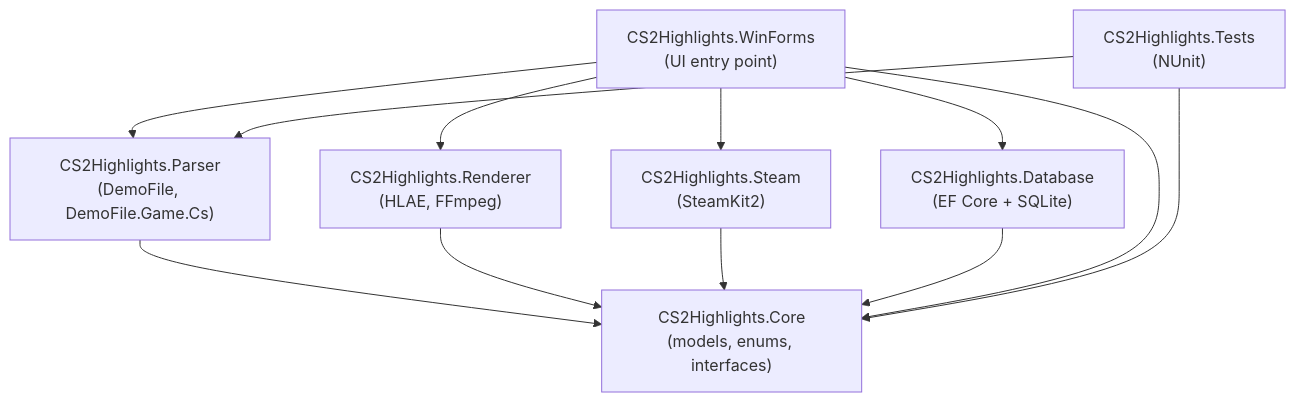
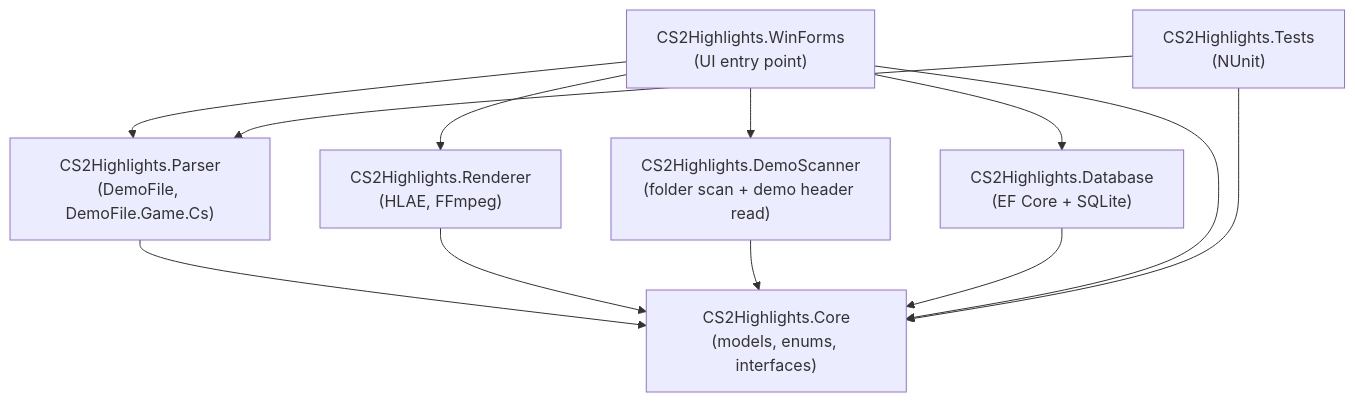
Before and after one commit to anhphuong2420/CS2Highlights: the diagram in DESIGN.md, drawn with Mermaid. The commit also changed other lines of this file and 14 other files, not shown here.

````diff
--- a/DESIGN.md
+++ b/DESIGN.md
@@ -122,26 +124,26 @@
 ```mermaid
 graph TD
     Core["CS2Highlights.Core\n(models, enums, interfaces)"]
 
     Parser["CS2Highlights.Parser\n(DemoFile, DemoFile.Game.Cs)"]
     Renderer["CS2Highlights.Renderer\n(HLAE, FFmpeg)"]
-    Steam["CS2Highlights.Steam\n(SteamKit2)"]
+    DemoScanner["CS2Highlights.DemoScanner\n(folder scan + demo header read)"]
     Database["CS2Highlights.Database\n(EF Core + SQLite)"]
 
     WinForms["CS2Highlights.WinForms\n(UI entry point)"]
     Tests["CS2Highlights.Tests\n(NUnit)"]
 
     Parser --> Core
     Renderer --> Core
-    Steam --> Core
+    DemoScanner --> Core
     Database --> Core
 
     WinForms --> Core
     WinForms --> Parser
     WinForms --> Renderer
-    WinForms --> Steam
+    WinForms --> DemoScanner
     WinForms --> Database
 
     Tests --> Core
     Tests --> Parser
 ```
````
